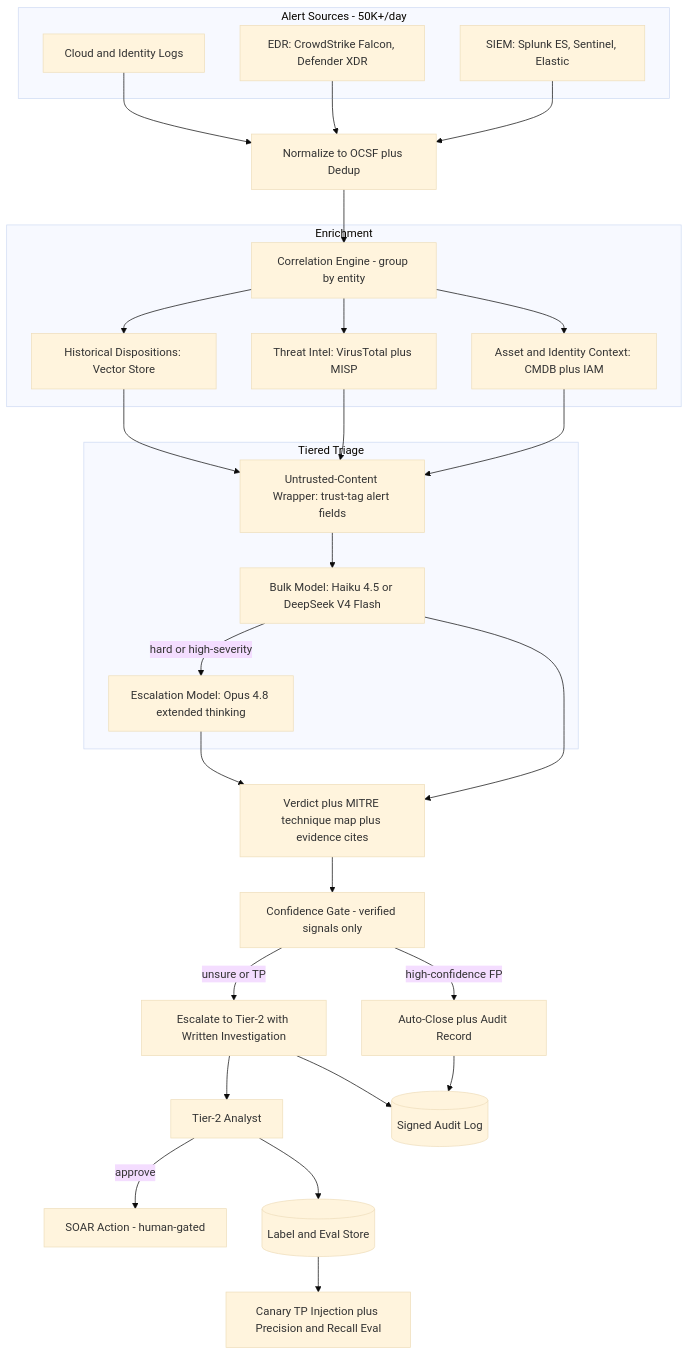
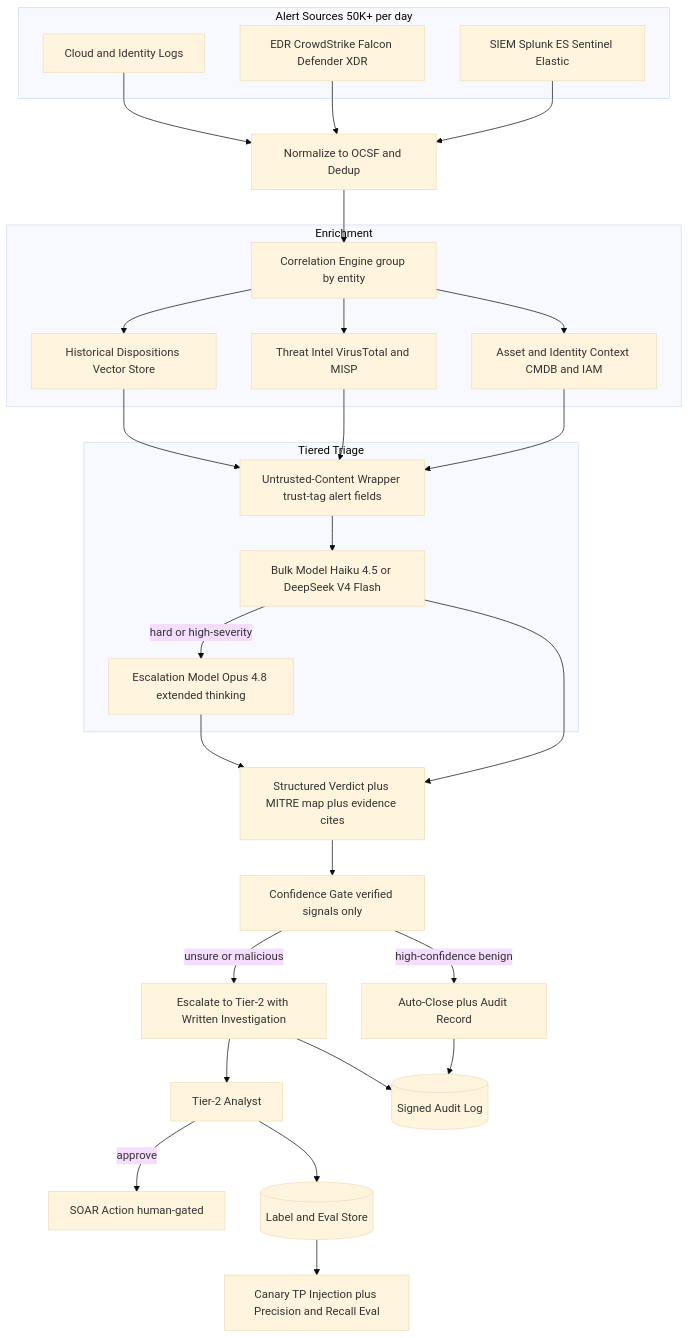
Before and after one commit to jack51706/ai-system-design-guide: the first of 3 diagrams in docs/16-case-studies/40-soc-security-operations-copilot.md, drawn with Mermaid (base theme). The commit also changed other lines of this file and 1 other file, not shown here.

First line of the commit message:
docs(case-studies): deepen SOC copilot (40) with worked example, verdict schema and gate detail (EN + zh-Hant)

````diff
--- a/docs/16-case-studies/40-soc-security-operations-copilot.md
+++ b/docs/16-case-studies/40-soc-security-operations-copilot.md
@@ -23,42 +23,42 @@
 ```mermaid
 flowchart TB
-    subgraph Sources["Alert Sources - 50K+/day"]
-        SIEM[SIEM: Splunk ES, Sentinel, Elastic]
-        EDR[EDR: CrowdStrike Falcon, Defender XDR]
+    subgraph Sources["Alert Sources 50K+ per day"]
+        SIEM[SIEM Splunk ES Sentinel Elastic]
+        EDR[EDR CrowdStrike Falcon Defender XDR]
         CLOUD[Cloud and Identity Logs]
     end
 
-    SIEM --> NORM[Normalize to OCSF plus Dedup]
+    SIEM --> NORM[Normalize to OCSF and Dedup]
     EDR --> NORM
     CLOUD --> NORM
-    NORM --> CORR[Correlation Engine - group by entity]
+    NORM --> CORR[Correlation Engine group by entity]
 
     subgraph Enrich["Enrichment"]
-        CORR --> ASSET[Asset and Identity Context: CMDB plus IAM]
-        CORR --> INTEL[Threat Intel: VirusTotal plus MISP]
-        CORR --> HIST[Historical Dispositions: Vector Store]
+        CORR --> ASSET[Asset and Identity Context CMDB and IAM]
+        CORR --> INTEL[Threat Intel VirusTotal and MISP]
+        CORR --> HIST[Historical Dispositions Vector Store]
     end
 
-    ASSET --> WRAP[Untrusted-Content Wrapper: trust-tag alert fields]
+    ASSET --> WRAP[Untrusted-Content Wrapper trust-tag alert fields]
     INTEL --> WRAP
     HIST --> WRAP
 
     subgraph Triage["Tiered Triage"]
-        WRAP --> BULK[Bulk Model: Haiku 4.5 or DeepSeek V4 Flash]
-        BULK -->|hard or high-severity| DEEP[Escalation Model: Opus 4.8 extended thinking]
+        WRAP --> BULK[Bulk Model Haiku 4.5 or DeepSeek V4 Flash]
+        BULK -->|hard or high-severity| DEEP[Escalation Model Opus 4.8 extended thinking]
     end
 
-    BULK --> VERDICT[Verdict plus MITRE technique map plus evidence cites]
+    BULK --> VERDICT[Structured Verdict plus MITRE map plus evidence cites]
     DEEP --> VERDICT
-    VERDICT --> GATE[Confidence Gate - verified signals only]
+    VERDICT --> GATE[Confidence Gate verified signals only]
 
-    GATE -->|high-confidence FP| CLOSE[Auto-Close plus Audit Record]
-    GATE -->|unsure or TP| ESC[Escalate to Tier-2 with Written Investigation]
+    GATE -->|high-confidence benign| CLOSE[Auto-Close plus Audit Record]
+    GATE -->|unsure or malicious| ESC[Escalate to Tier-2 with Written Investigation]
 
     ESC --> ANALYST[Tier-2 Analyst]
-    ANALYST -->|approve| SOAR[SOAR Action - human-gated]
+    ANALYST -->|approve| SOAR[SOAR Action human-gated]
     ANALYST --> LABEL[(Label and Eval Store)]
     CLOSE --> AUDIT[(Signed Audit Log)]
     ESC --> AUDIT
     LABEL --> CANARY[Canary TP Injection plus Precision and Recall Eval]
 ```
````
